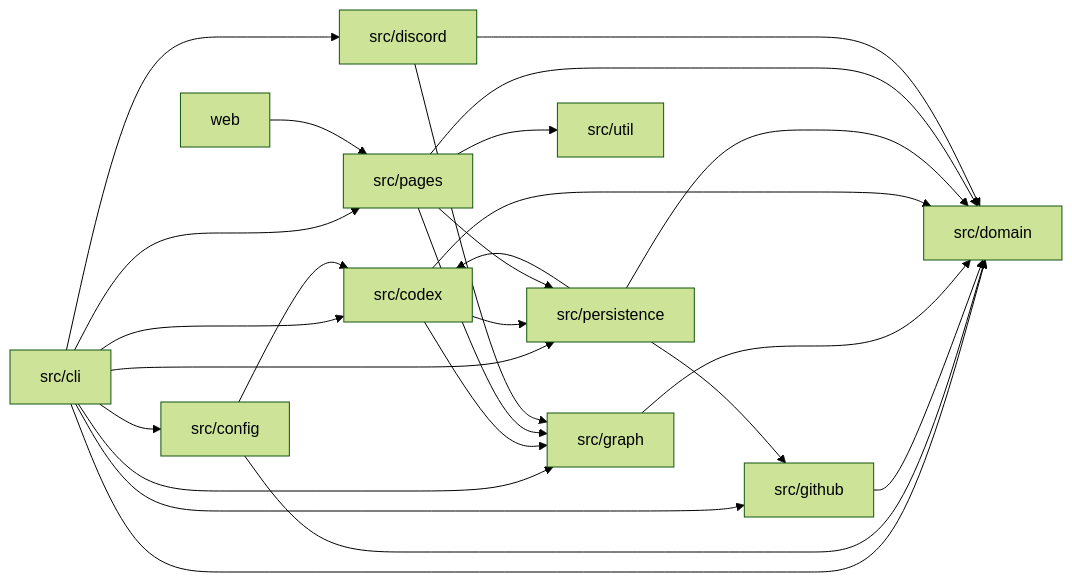
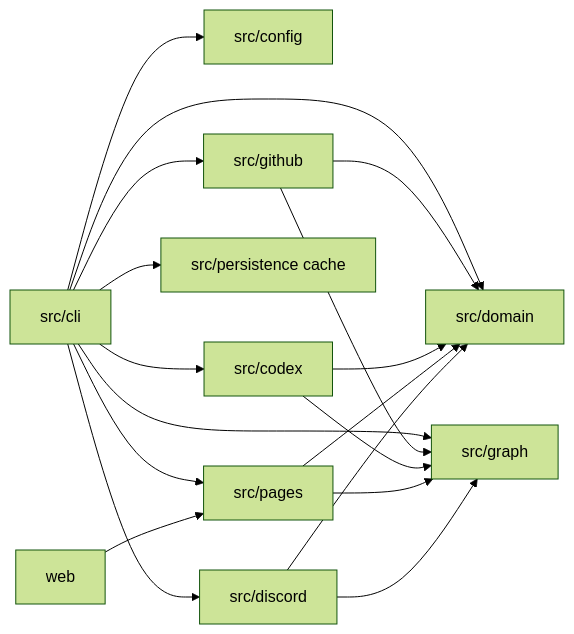
Before and after one commit to VOICEVOX/voicevox_task_tracker: the diagram in docs/ARCHITECTURE.md, drawn with Mermaid (forest theme). The commit also changed other lines of this file and 5 other files, not shown here.

````diff
--- a/docs/ARCHITECTURE.md
+++ b/docs/ARCHITECTURE.md
@@ -27,29 +25,20 @@
 ```mermaid
 flowchart LR
   CLI[src/cli] --> Config[src/config]
   CLI --> GitHub[src/github]
   CLI --> Domain[src/domain]
   CLI --> Graph[src/graph]
   CLI --> Codex[src/codex]
-  CLI --> State[src/persistence]
+  CLI --> Cache[src/persistence cache]
   CLI --> Pages[src/pages]
   CLI --> Discord[src/discord]
-  Util[src/util]
-  Config --> Codex
-  Config --> Domain
   GitHub --> Domain
-  Graph --> Domain
+  GitHub --> Graph
   Codex --> Domain
   Codex --> Graph
-  Codex --> State
-  State --> Codex
-  State --> Domain
-  State --> GitHub
   Pages --> Domain
   Pages --> Graph
-  Pages --> State
-  Pages --> Util
   Discord --> Domain
   Discord --> Graph
   Web[web] --> Pages
 ```
````
